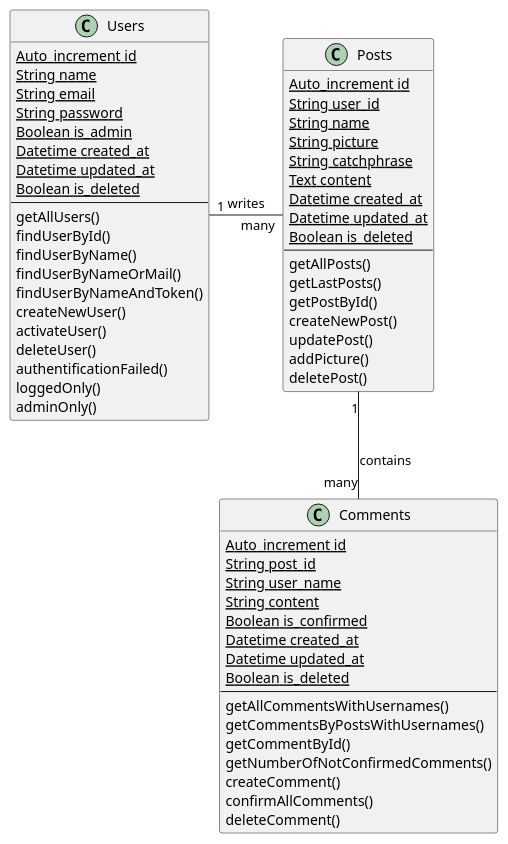
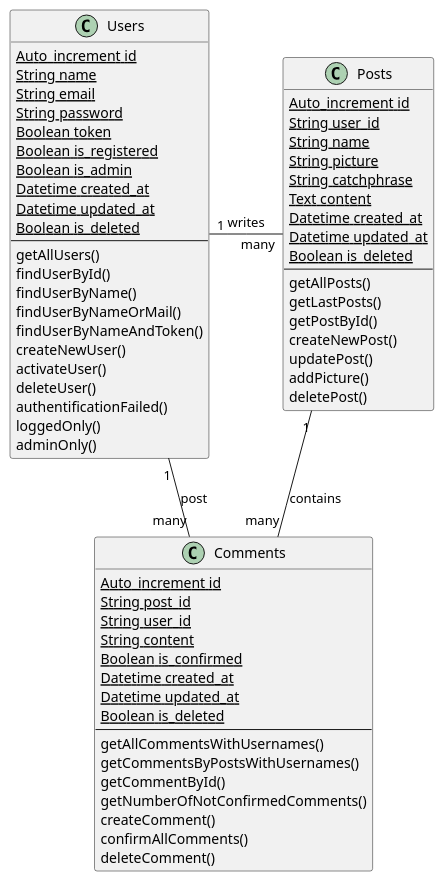
One commit to HaiseB/P5_blogPhp changed the diagram in diagrammes/class.plantuml. Above: the diagram before and after it, drawn with PlantUML. The commit also changed 3 other files, not shown here.

```diff
--- a/diagrammes/class.plantuml
+++ b/diagrammes/class.plantuml
@@ -1,69 +1,71 @@
 @startuml class
 
 class Users {
     {static} Auto_increment id
     {static} String name
     {static} String email
     {static} String password
+    {static} Boolean token
+    {static} Boolean is_registered
     {static} Boolean is_admin
     {static} Datetime created_at
     {static} Datetime updated_at
     {static} Boolean is_deleted
     ---
     getAllUsers()
     findUserById()
     findUserByName()
     findUserByNameOrMail()
     findUserByNameAndToken()
     createNewUser()
     activateUser()
     deleteUser()
     authentificationFailed()
     loggedOnly()
     adminOnly()
 }
 
 class Posts {
     {static} Auto_increment id
     {static} String user_id
     {static} String name
     {static} String picture
     {static} String catchphrase
     {static} Text content
     {static} Datetime created_at
     {static} Datetime updated_at
     {static} Boolean is_deleted
     ---
     getAllPosts()
     getLastPosts()
     getPostById()
     createNewPost()
     updatePost()
     addPicture()
     deletePost()
 }
 
 class Comments {
     {static} Auto_increment id
     {static} String post_id
-    {static} String user_name
+    {static} String user_id
     {static} String content
     {static} Boolean is_confirmed
     {static} Datetime created_at
     {static} Datetime updated_at
     {static} Boolean is_deleted
     ---
     getAllCommentsWithUsernames()
     getCommentsByPostsWithUsernames()
     getCommentById()
     getNumberOfNotConfirmedComments()
     createComment()
     confirmAllComments()
     deleteComment()
 }
 
 Users "1" - "many" Posts : writes
-
+Users "1" - "many" Comments : post
 Posts "1" -- "many" Comments : contains
 
 @enduml
```
